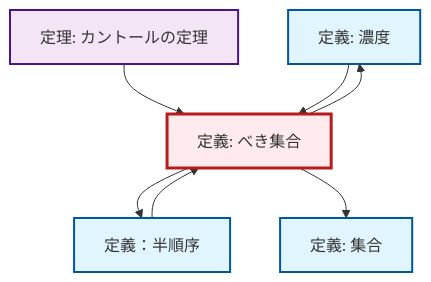
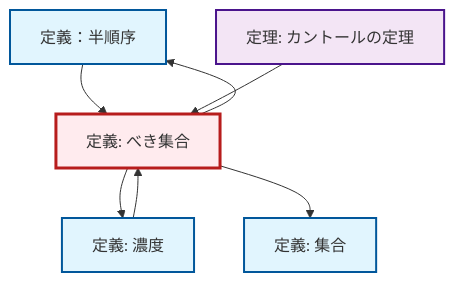
One commit to RK0429/ModernMath changed the second of 2 diagrams in content/ja/logic-set-theory/def-power-set.qmd. Above: the diagram before and after it, drawn with Mermaid. The commit also changed other lines of this file and 1012 other files, not shown here.

````diff
--- a/content/ja/logic-set-theory/def-power-set.qmd
+++ b/content/ja/logic-set-theory/def-power-set.qmd
@@ -70,25 +70,25 @@
 ```{mermaid}
 %%| fig-cap: "Local dependency graph"
 graph TD
     classDef definition fill:#e1f5fe,stroke:#01579b,stroke-width:2px
     classDef theorem fill:#f3e5f5,stroke:#4a148c,stroke-width:2px
     classDef axiom fill:#fff3e0,stroke:#e65100,stroke-width:2px
     classDef example fill:#e8f5e9,stroke:#1b5e20,stroke-width:2px
     classDef current fill:#ffebee,stroke:#b71c1c,stroke-width:3px
+    def-partial-order["定義：半順序"]:::definition
     def-set["定義: 集合"]:::definition
     def-cardinality["定義: 濃度"]:::definition
     thm-cantor["定理: カントールの定理"]:::theorem
-    def-partial-order["定義：半順序"]:::definition
     def-power-set["定義: べき集合"]:::definition
+    def-power-set --> def-cardinality
     def-partial-order --> def-power-set
+    thm-cantor --> def-power-set
+    def-power-set --> def-set
+    def-cardinality --> def-power-set
     def-power-set --> def-partial-order
-    def-power-set --> def-set
-    def-power-set --> def-cardinality
-    thm-cantor --> def-power-set
-    def-cardinality --> def-power-set
     class def-power-set current
+    click def-partial-order "def-partial-order.html" "定義：半順序へ"
     click def-set "def-set.html" "集合の定義へ"
     click def-cardinality "def-cardinality.html" "濃度の定義へ"
     click thm-cantor "thm-cantor.html" "カントールの定理の定理へ"
-    click def-partial-order "def-partial-order.html" "定義：半順序へ"
 ```
````
